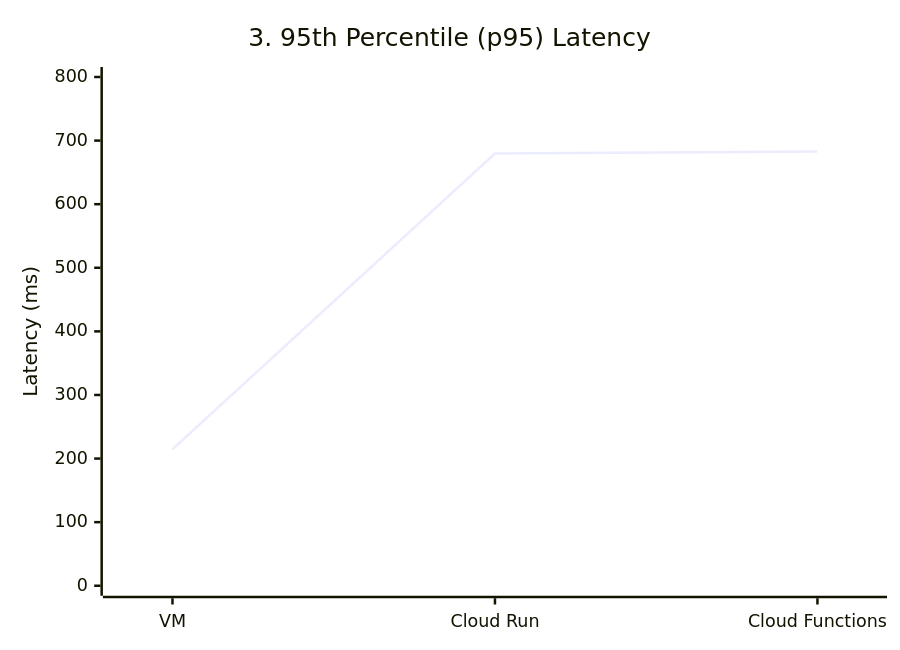
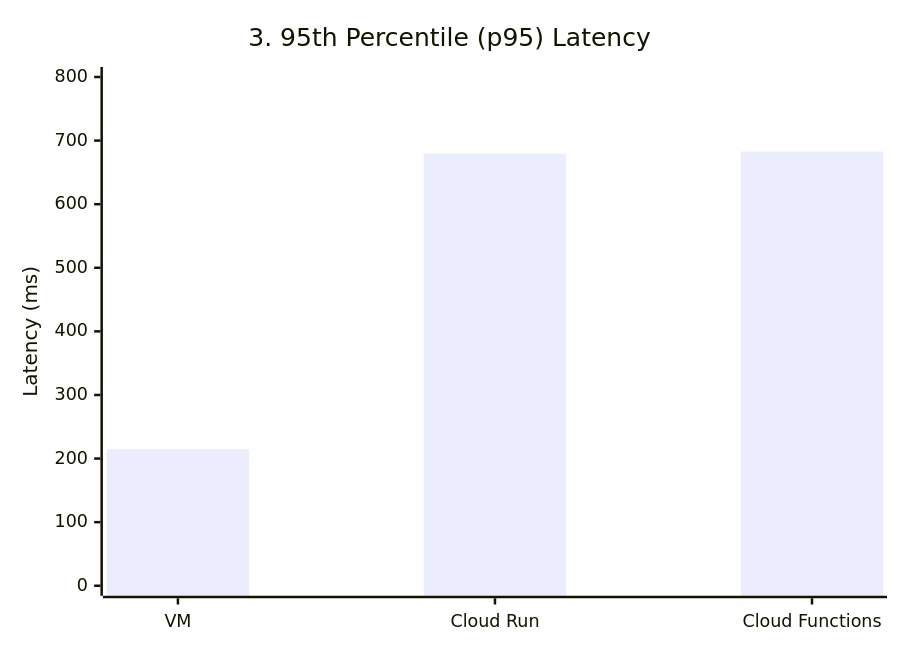
One commit to mshchukin/EURECOM-Clouds-Lab-2026 changed the third of 5 diagrams in submission/phase1_report.md. Above: the diagram before and after it, drawn with Mermaid. The commit also changed other lines of this file, not shown here.

Commit message:
Change latency graphs from line to bar charts

````diff
--- a/submission/phase1_report.md
+++ b/submission/phase1_report.md
@@ -44,7 +44,7 @@
 ```mermaid
 xychart-beta
     title "3. 95th Percentile (p95) Latency"
     x-axis ["VM", "Cloud Run", "Cloud Functions"]
     y-axis "Latency (ms)" 0 --> 800
-    line "p95 Latency" [214.6, 679.6, 682.8]
+    bar "p95 Latency" [214.6, 679.6, 682.8]
 ```
````
